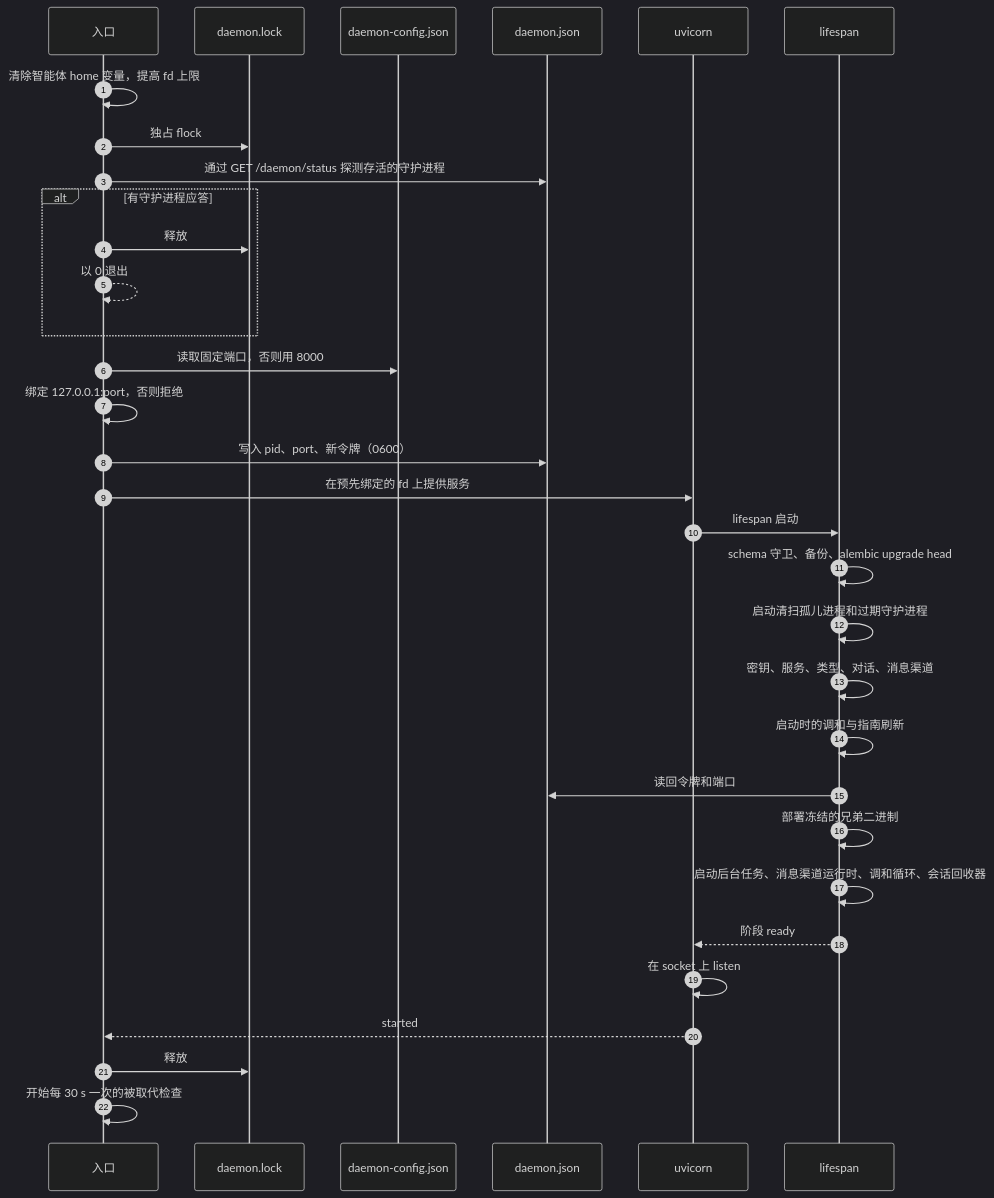
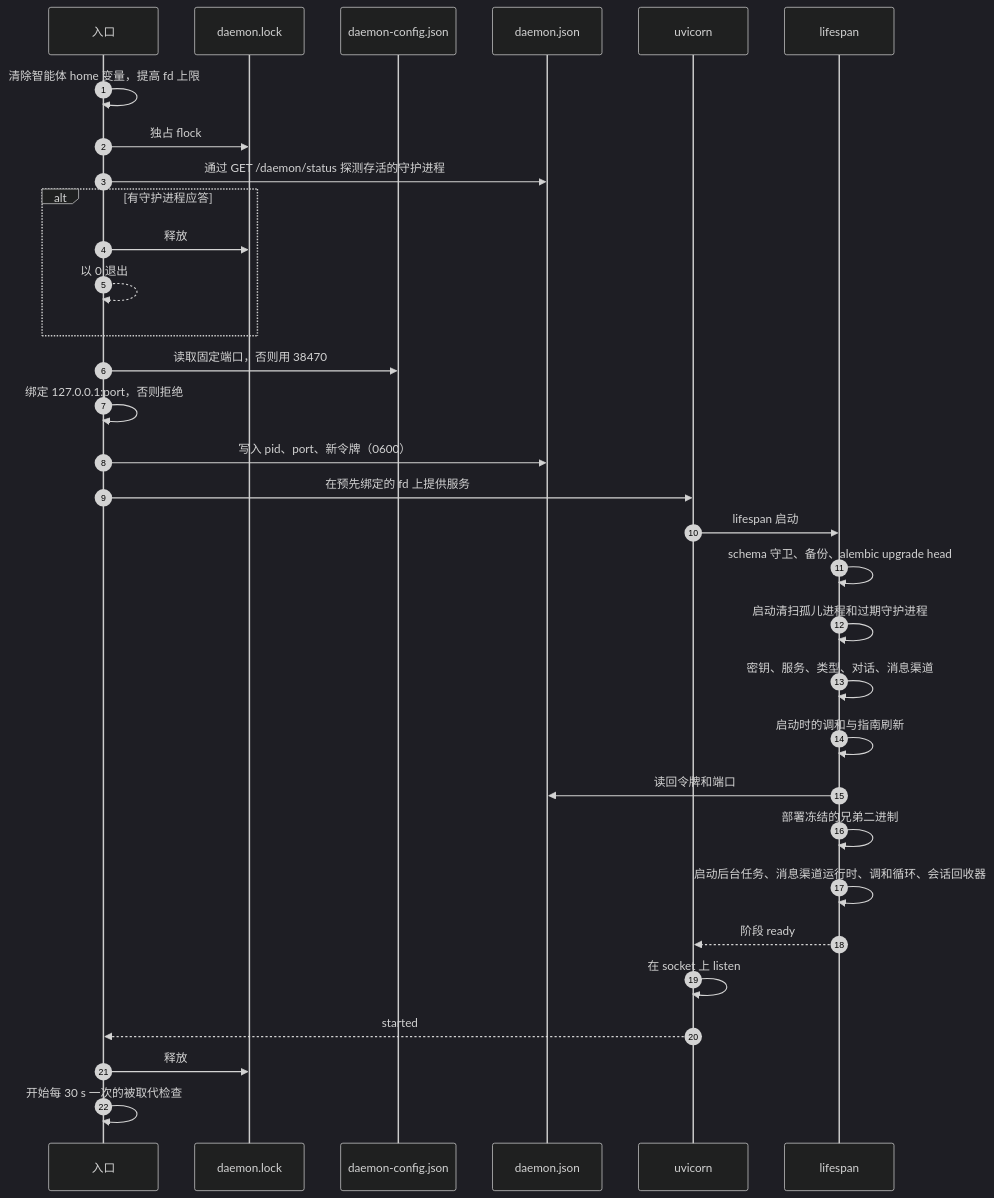
Before and after one commit to wyx-sg/Coffer: the second of 4 diagrams in docs-site/zh/architecture/daemon.md, drawn with Mermaid (dark theme). The commit also changed other lines of this file and 163 other files, not shown here.

````diff
--- a/docs-site/zh/architecture/daemon.md
+++ b/docs-site/zh/architecture/daemon.md
@@ -104,34 +104,34 @@
 ```mermaid
 sequenceDiagram
   autonumber
   participant E as 入口
   participant L as daemon.lock
   participant C as daemon-config.json
   participant J as daemon.json
   participant U as uvicorn
   participant A as lifespan
   E->>E: 清除智能体 home 变量，提高 fd 上限
   E->>L: 独占 flock
   E->>J: 通过 GET /daemon/status 探测存活的守护进程
   alt 有守护进程应答
     E->>L: 释放
     E-->>E: 以 0 退出
   end
-  E->>C: 读取固定端口，否则用 8000
+  E->>C: 读取固定端口，否则用 38470
   E->>E: 绑定 127.0.0.1:port，否则拒绝
   E->>J: 写入 pid、port、新令牌（0600）
   E->>U: 在预先绑定的 fd 上提供服务
   U->>A: lifespan 启动
   A->>A: schema 守卫、备份、alembic upgrade head
   A->>A: 启动清扫孤儿进程和过期守护进程
   A->>A: 密钥、服务、类型、对话、消息渠道
   A->>A: 启动时的调和与指南刷新
   A->>J: 读回令牌和端口
   A->>A: 部署冻结的兄弟二进制
   A->>A: 启动后台任务、消息渠道运行时、调和循环、会话回收器
   A-->>U: 阶段 ready
   U->>U: 在 socket 上 listen
   U-->>E: started
   E->>L: 释放
   E->>E: 开始每 30 s 一次的被取代检查
 ```
````
